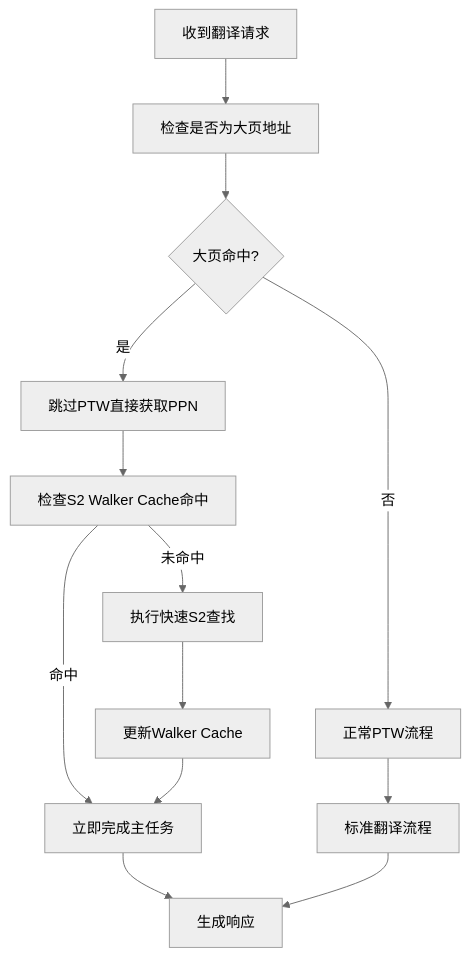
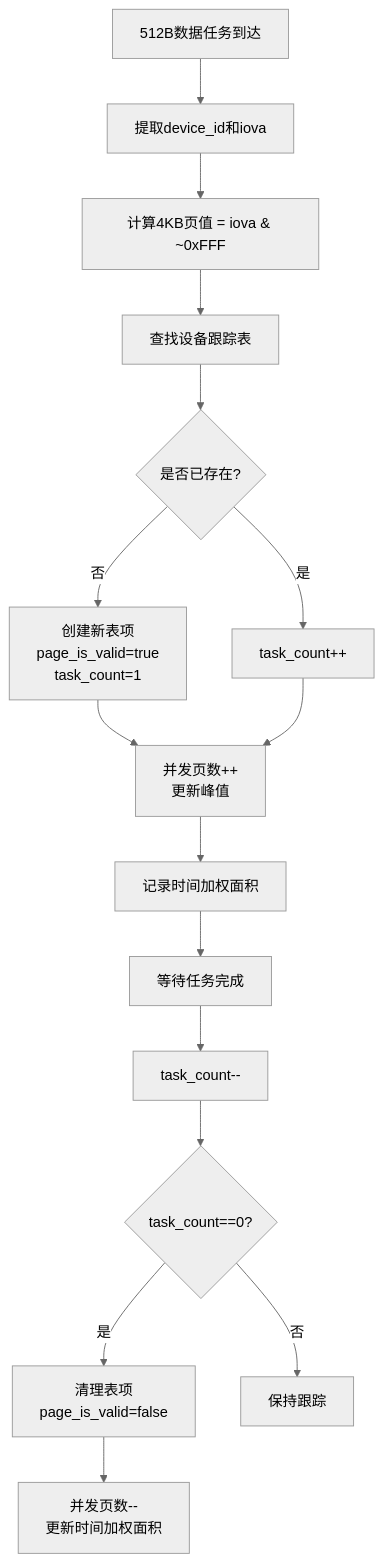
The fifth of 10 diagrams in .qoder/repowiki/zh/content/核心架构/顶层模块设计.md (jiangjiang1122/iommu_model_20260401_v1), drawn with Mermaid (neutral theme) before and after one commit. The commit also changed other lines of this file and 55 other files, not shown here.

````diff
--- a/.qoder/repowiki/zh/content/核心架构/顶层模块设计.md
+++ b/.qoder/repowiki/zh/content/核心架构/顶层模块设计.md
@@ -351,15 +343,18 @@
 ```mermaid
 flowchart TD
-A[收到翻译请求] --> B[检查是否为大页地址]
-B --> C{大页命中?}
-C --> |是| D[跳过PTW直接获取PPN]
-D --> E[检查S2 Walker Cache命中]
-E --> |命中| F[立即完成主任务]
-E --> |未命中| G[执行快速S2查找]
-G --> H[更新Walker Cache]
-H --> F
-C --> |否| I[正常PTW流程]
-F --> J[生成响应]
-I --> K[标准翻译流程]
-K --> J
+A[512B数据任务到达] --> B[提取device_id和iova]
+B --> C[计算4KB页值 = iova & ~0xFFF]
+C --> D[查找设备跟踪表]
+D --> E{是否已存在?}
+E --> |否| F[创建新表项<br/>page_is_valid=true<br/>task_count=1]
+E --> |是| G[task_count++]
+F --> H[并发页数++<br/>更新峰值]
+G --> H
+H --> I[记录时间加权面积]
+I --> J[等待任务完成]
+J --> K[task_count--]
+K --> L{task_count==0?}
+L --> |是| M[清理表项<br/>page_is_valid=false]
+L --> |否| N[保持跟踪]
+M --> O[并发页数--<br/>更新时间加权面积]
 ```
````
